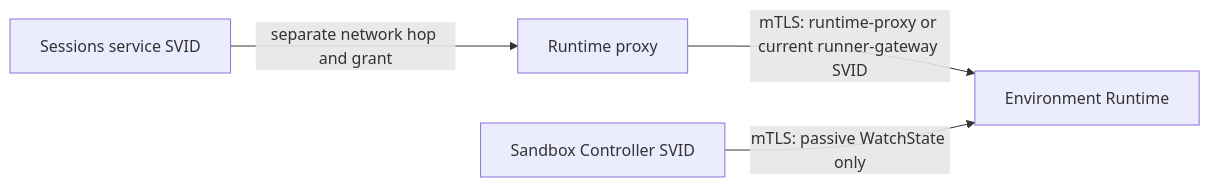
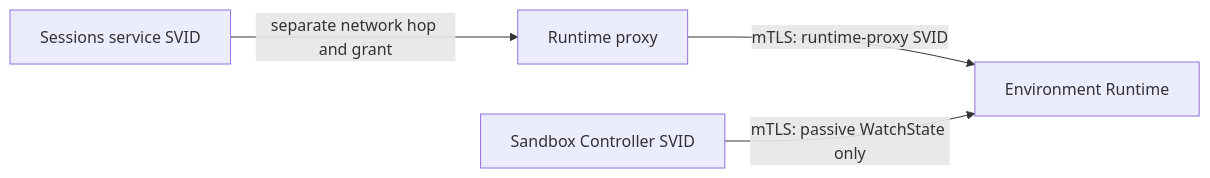
One commit to agentydragon/ducktape changed diagram 14 of 18 in agentplane/docs/system_overview.md. Above: the diagram before and after it, drawn with Mermaid. The commit also changed other lines of this file and 53 other files, not shown here.

Commit message:
Retire Gateway Runtime proxy and Executor receivers

````diff
--- a/agentplane/docs/system_overview.md
+++ b/agentplane/docs/system_overview.md
@@ -808,6 +802,6 @@
 ```mermaid
 flowchart LR
     sessions[Sessions service SVID] -->|separate network hop and grant| proxy[Runtime proxy]
-    proxy -->|mTLS: runtime-proxy or current runner-gateway SVID| runtime[Environment Runtime]
+    proxy -->|mTLS: runtime-proxy SVID| runtime[Environment Runtime]
     controller[Sandbox Controller SVID] -->|mTLS: passive WatchState only| runtime
 ```
````
